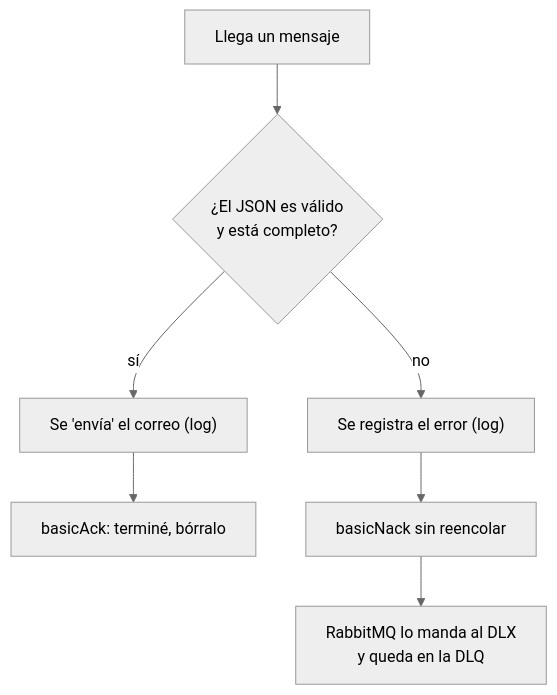
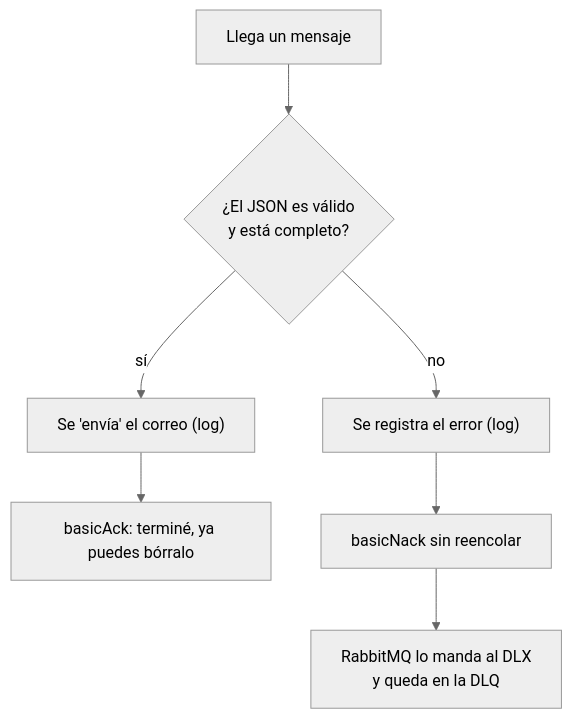
One commit to CMulatti/DSY1107-EA2 changed the second of 2 diagrams in docs/PARCIAL2.md. Above: the diagram before and after it, drawn with Mermaid (neutral theme). The commit also changed other lines of this file, not shown here.

````diff
--- a/docs/PARCIAL2.md
+++ b/docs/PARCIAL2.md
@@ -176,9 +175,9 @@
 ```mermaid
 flowchart TD
     M["Llega un mensaje"] --> P{"¿El JSON es válido<br/>y está completo?"}
     P -->|"sí"| W["Se 'envía' el correo (log)"]
-    W --> A["basicAck: terminé, bórralo"]
+    W --> A["basicAck: terminé, ya puedes bórralo"]
     P -->|"no"| E["Se registra el error (log)"]
     E --> N["basicNack sin reencolar"]
     N --> D["RabbitMQ lo manda al DLX<br/>y queda en la DLQ"]
 ```
````
